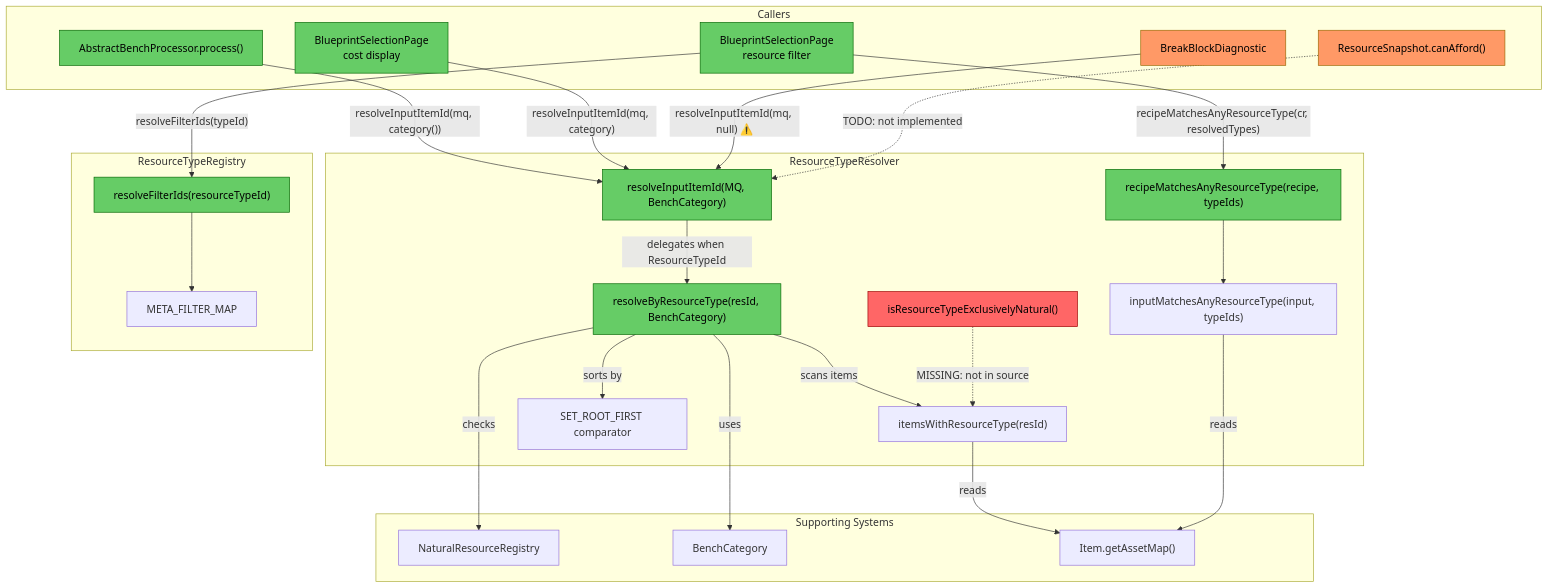
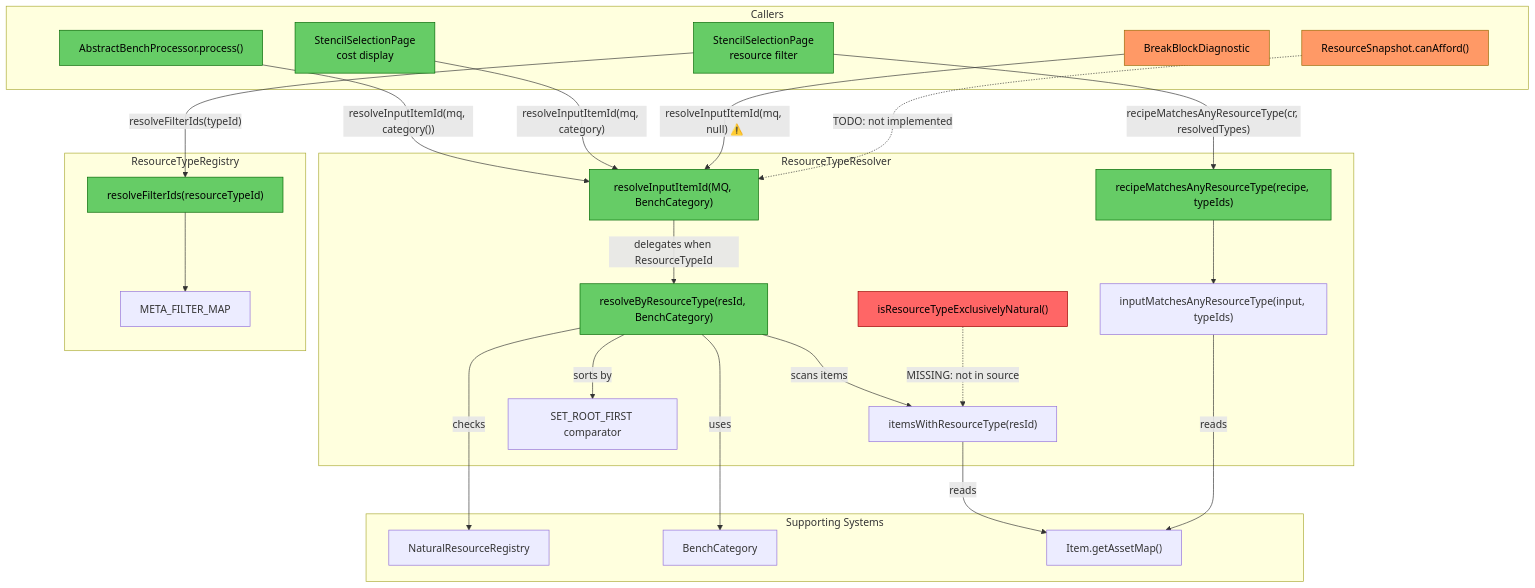
One commit to TheCodeCreature/Hytale-Example-Plugin changed the first of 2 diagrams in docs/review-root-resource-resolution.md. Above: the diagram before and after it, drawn with Mermaid. The commit also changed other lines of this file and 289 other files, not shown here.

````diff
--- a/docs/review-root-resource-resolution.md
+++ b/docs/review-root-resource-resolution.md
@@ -17,63 +17,63 @@
 ```mermaid
 graph TB
     subgraph "ResourceTypeResolver"
         RII["resolveInputItemId(MQ, BenchCategory)"]
         RBRT["resolveByResourceType(resId, BenchCategory)"]
         IWRT["itemsWithResourceType(resId)"]
         SRF["SET_ROOT_FIRST comparator"]
         RMART["recipeMatchesAnyResourceType(recipe, typeIds)"]
         IMART["inputMatchesAnyResourceType(input, typeIds)"]
         ISTEN["isResourceTypeExclusivelyNatural()"]
     end
 
     subgraph "ResourceTypeRegistry"
         RFI["resolveFilterIds(resourceTypeId)"]
         MFM["META_FILTER_MAP"]
     end
 
     subgraph "Callers"
         ABP["AbstractBenchProcessor.process()"]
-        BSP_COST["BlueprintSelectionPage\ncost display"]
-        BSP_FILTER["BlueprintSelectionPage\nresource filter"]
+        BSP_COST["StencilSelectionPage\ncost display"]
+        BSP_FILTER["StencilSelectionPage\nresource filter"]
         BBD["BreakBlockDiagnostic"]
         RS["ResourceSnapshot.canAfford()"]
     end
 
     subgraph "Supporting Systems"
         NRR["NaturalResourceRegistry"]
         BC["BenchCategory"]
         IAM["Item.getAssetMap()"]
     end
 
     ABP -->|"resolveInputItemId(mq, category())"| RII
     BSP_COST -->|"resolveInputItemId(mq, category)"| RII
     BBD -->|"resolveInputItemId(mq, null) ⚠️"| RII
     RS -.->|"TODO: not implemented"| RII
 
     BSP_FILTER -->|"resolveFilterIds(typeId)"| RFI
     BSP_FILTER -->|"recipeMatchesAnyResourceType(cr, resolvedTypes)"| RMART
 
     RII -->|"delegates when ResourceTypeId"| RBRT
     RBRT -->|"scans items"| IWRT
     RBRT -->|"sorts by"| SRF
     RBRT -->|"checks"| NRR
     IWRT -->|"reads"| IAM
     RBRT -->|"uses"| BC
 
     RMART --> IMART
     IMART -->|"reads"| IAM
     RFI --> MFM
 
     ISTEN -.->|"MISSING: not in source"| IWRT
 
     style ISTEN fill:#f66,stroke:#900,color:#000
     style BBD fill:#f96,stroke:#960,color:#000
     style RS fill:#f96,stroke:#960,color:#000
     style RII fill:#6c6,stroke:#060,color:#000
     style RBRT fill:#6c6,stroke:#060,color:#000
     style RMART fill:#6c6,stroke:#060,color:#000
     style RFI fill:#6c6,stroke:#060,color:#000
     style ABP fill:#6c6,stroke:#060,color:#000
     style BSP_COST fill:#6c6,stroke:#060,color:#000
     style BSP_FILTER fill:#6c6,stroke:#060,color:#000
 ```
````
